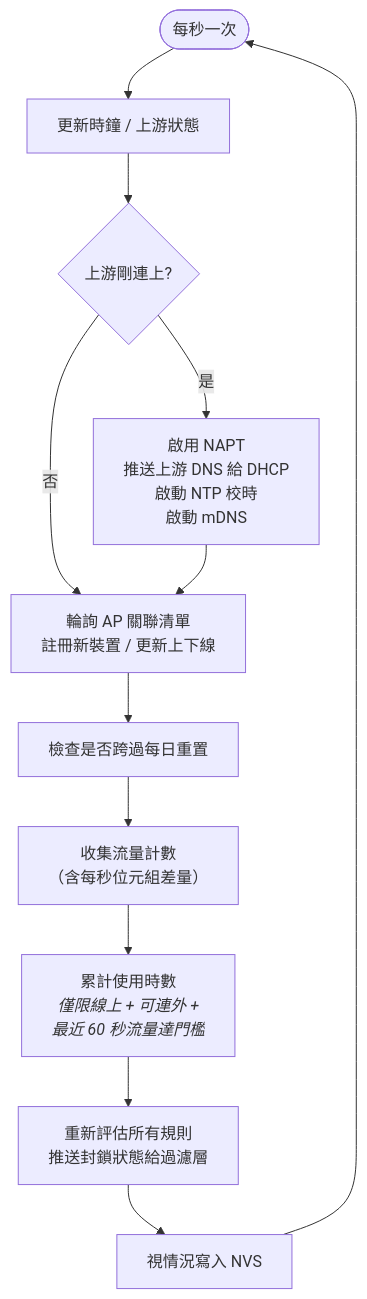
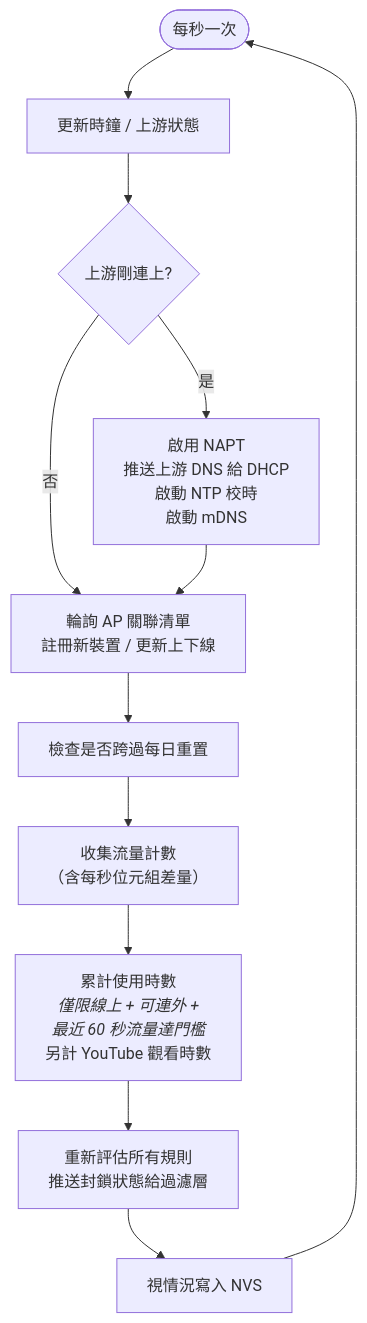
One commit to binomial0418/net-flow-ctrl changed the fifth of 5 diagrams in README.md. Above: the diagram before and after it, drawn with Mermaid. The commit also changed other lines of this file and 7 other files, not shown here.

First line of the commit message:
feat: add per-device YouTube blocking and YouTube watch-time tracking

````diff
--- a/README.md
+++ b/README.md
@@ -245,14 +285,14 @@
 ```mermaid
 flowchart TD
     LOOP([每秒一次]) --> T1["更新時鐘 / 上游狀態"]
     T1 --> T2{"上游剛連上?"}
     T2 -->|是| T3["啟用 NAPT<br/>推送上游 DNS 給 DHCP<br/>啟動 NTP 校時<br/>啟動 mDNS"]
     T2 -->|否| T4
     T3 --> T4["輪詢 AP 關聯清單<br/>註冊新裝置 / 更新上下線"]
     T4 --> T5["檢查是否跨過每日重置"]
     T5 --> T6["收集流量計數<br/>（含每秒位元組差量）"]
-    T6 --> T7["累計使用時數<br/><i>僅限線上 + 可連外 +<br/>最近 60 秒流量達門檻</i>"]
+    T6 --> T7["累計使用時數<br/><i>僅限線上 + 可連外 +<br/>最近 60 秒流量達門檻</i><br/>另計 YouTube 觀看時數"]
     T7 --> T8["重新評估所有規則<br/>推送封鎖狀態給過濾層"]
     T8 --> T9["視情況寫入 NVS"]
     T9 --> LOOP
 ```
````
